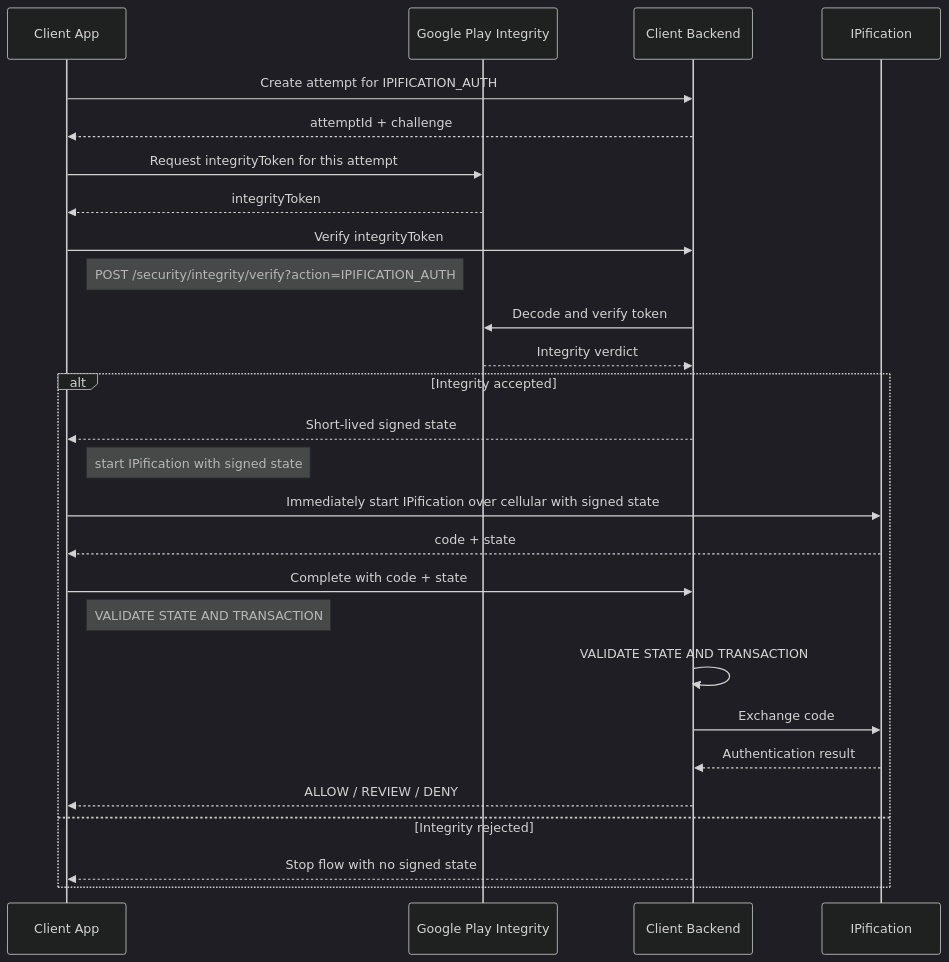
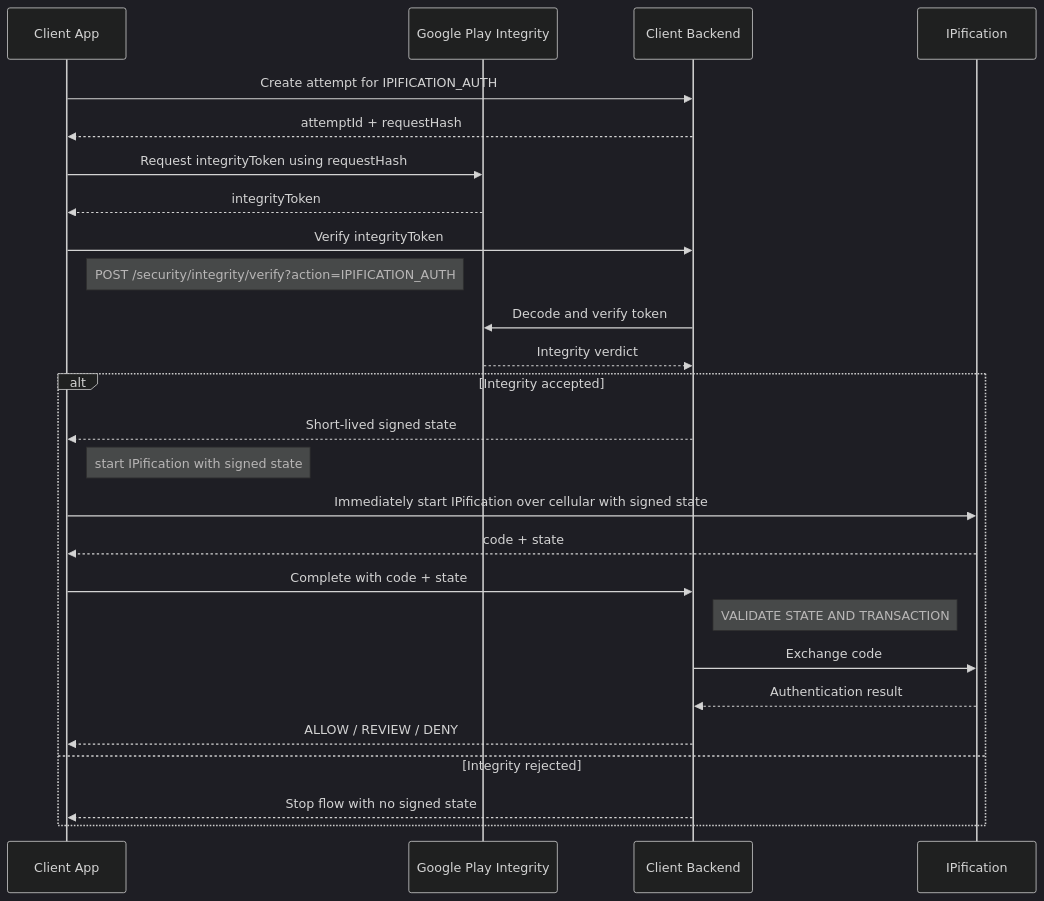
The diagram in docs/android-play-integrity-ipification.md (ipification/ipification-mobile-sdk-code-snippet), drawn with Mermaid (dark theme) before and after one commit. The commit also changed other lines of this file, not shown here.

````diff
--- a/docs/android-play-integrity-ipification.md
+++ b/docs/android-play-integrity-ipification.md
@@ -17,32 +17,31 @@
 ```mermaid
 sequenceDiagram
     participant App as Client App
     participant Google as Google Play Integrity
     participant Backend as Client Backend
     participant IP as IPification
 
     App->>Backend: Create attempt for IPIFICATION_AUTH
-    Backend-->>App: attemptId + challenge
-    App->>Google: Request integrityToken for this attempt
+    Backend-->>App: attemptId + requestHash
+    App->>Google: Request integrityToken using requestHash
     Google-->>App: integrityToken
 
     App->>Backend: Verify integrityToken
     Note right of App: POST /security/integrity/verify?action=IPIFICATION_AUTH
     Backend->>Google: Decode and verify token
     Google-->>Backend: Integrity verdict
 
     alt Integrity accepted
         Backend-->>App: Short-lived signed state
         Note right of App: start IPification with signed state
         App->>IP: Immediately start IPification over cellular with signed state
         IP-->>App: code + state
         App->>Backend: Complete with code + state
-        Note right of App: VALIDATE STATE AND TRANSACTION
-        Backend->>Backend: VALIDATE STATE AND TRANSACTION
+        Note right of Backend: VALIDATE STATE AND TRANSACTION
         Backend->>IP: Exchange code
         IP-->>Backend: Authentication result
         Backend-->>App: ALLOW / REVIEW / DENY
     else Integrity rejected
         Backend-->>App: Stop flow with no signed state
     end
 ```
````
